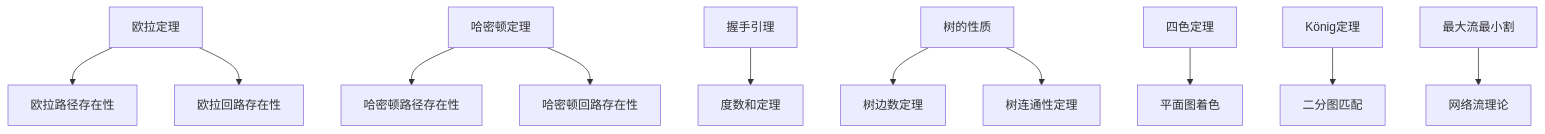
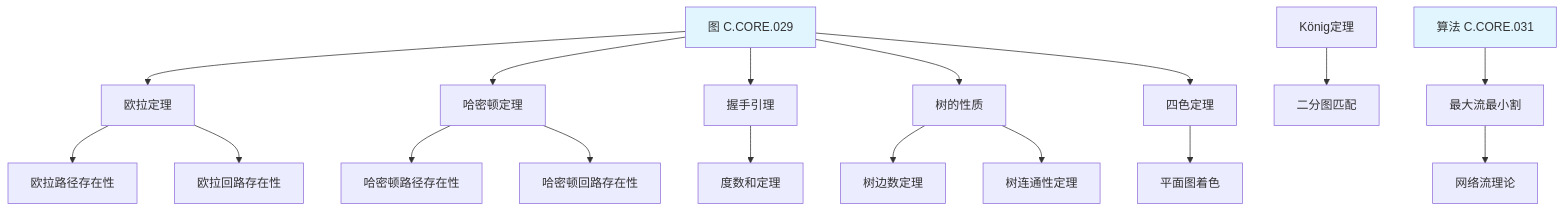
Before and after one commit to AdaMartin18010/FormalMath: diagram 13 of 15 in concept/05-知识关联网络/02-定理级关联网络.md, drawn with Mermaid. The commit also changed other lines of this file and 45 other files, not shown here.

````diff
--- a/concept/05-知识关联网络/02-定理级关联网络.md
+++ b/concept/05-知识关联网络/02-定理级关联网络.md
@@ -484,13 +546,22 @@
 ```mermaid
 graph TD
     A[欧拉定理] --> B[欧拉路径存在性]
     A --> C[欧拉回路存在性]
     D[哈密顿定理] --> E[哈密顿路径存在性]
     D --> F[哈密顿回路存在性]
     G[握手引理] --> H[度数和定理]
     I[树的性质] --> J[树边数定理]
     I --> K[树连通性定理]
     L[四色定理] --> M[平面图着色]
     N[König定理] --> O[二分图匹配]
     P[最大流最小割] --> Q[网络流理论]
+    R[图 C.CORE.029] --> A
+    R --> D
+    R --> G
+    R --> I
+    R --> L
+    S[算法 C.CORE.031] --> P
+
+    style R fill:#e1f5ff
+    style S fill:#e1f5ff
 ```
````
